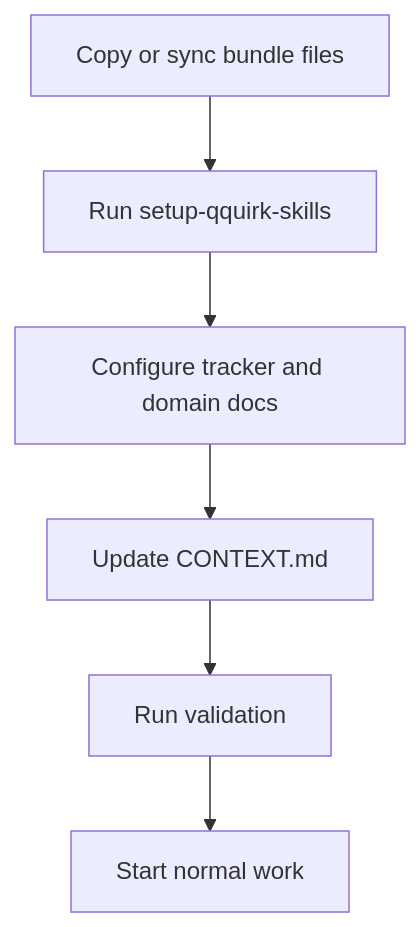
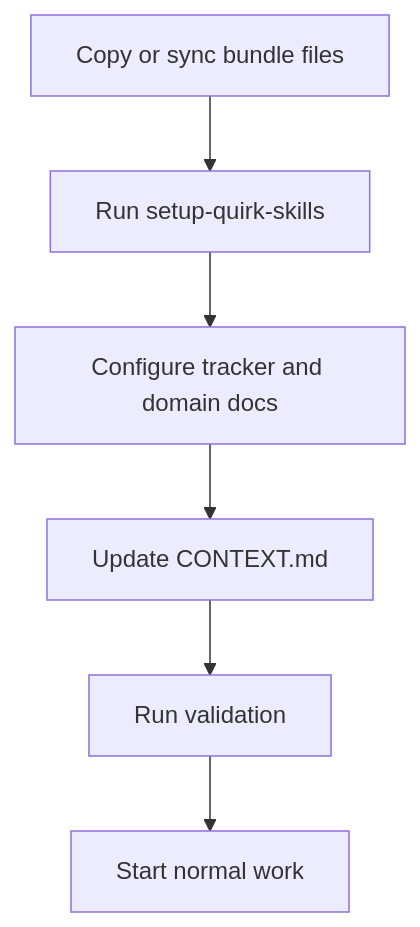
One commit to quantumquirkxyz/skills-quantumquirkxyz changed the first of 4 diagrams in docs/agents/adoption-guide.md. Above: the diagram before and after it, drawn with Mermaid. The commit also changed other lines of this file and 56 other files, not shown here.

Commit message:
Rename project from qquirk to quirk

````diff
--- a/docs/agents/adoption-guide.md
+++ b/docs/agents/adoption-guide.md
@@ -7,8 +7,8 @@
 ```mermaid
 flowchart TD
-    A[Copy or sync bundle files] --> B[Run setup-qquirk-skills]
+    A[Copy or sync bundle files] --> B[Run setup-quirk-skills]
     B --> C[Configure tracker and domain docs]
     C --> D[Update CONTEXT.md]
     D --> E[Run validation]
     E --> F[Start normal work]
 ```
````
